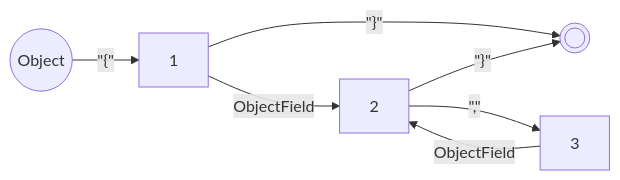
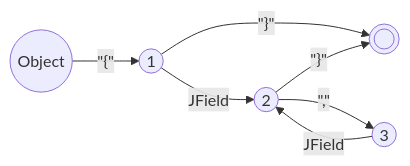
Before and after one commit to vczh-websites/vczh: the second of 2 diagrams in Blog/GLR-Refactoring/Mermaid.md, drawn with Mermaid. The commit also changed other lines of this file and 1 other file, not shown here.

````diff
--- a/Blog/GLR-Refactoring/Mermaid.md
+++ b/Blog/GLR-Refactoring/Mermaid.md
@@ -5,9 +20,9 @@
 ```mermaid
 graph LR
   S((Object))-- #quot;{#quot; -->1
-  1-- #quot;}#quot; -->E((( )))
-  1-- ObjectField -->2
-  2-- #quot;}#quot; -->E
+  1((1))-- #quot;}#quot; -->E((( )))
+  1-- JField -->2
+  2((2))-- #quot;}#quot; -->E
   2-- #quot;,#quot; -->3
-  3-- ObjectField -->2
+  3((3))-- JField -->2
 ```
````
